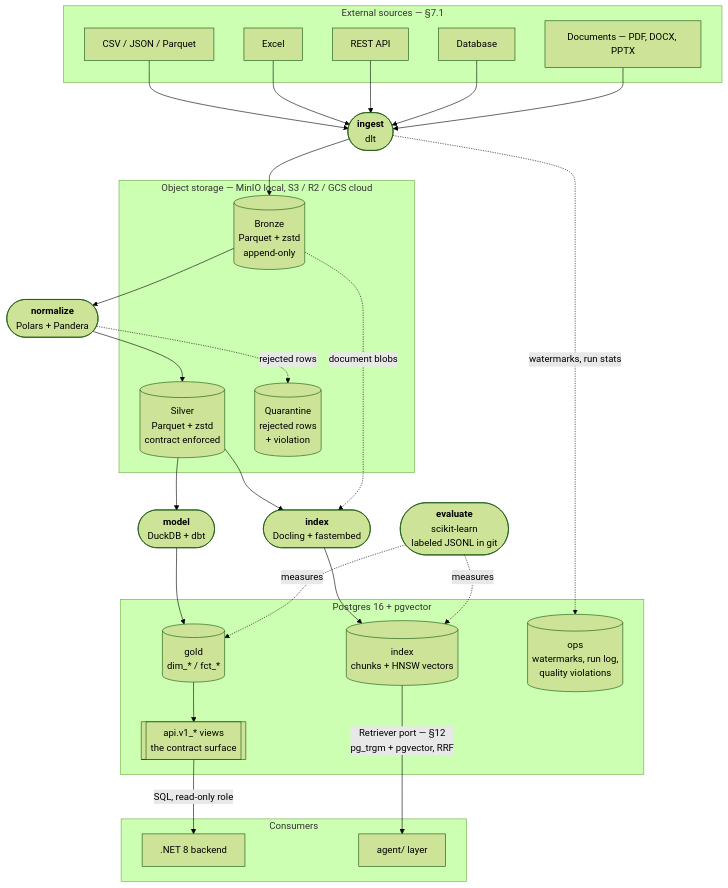
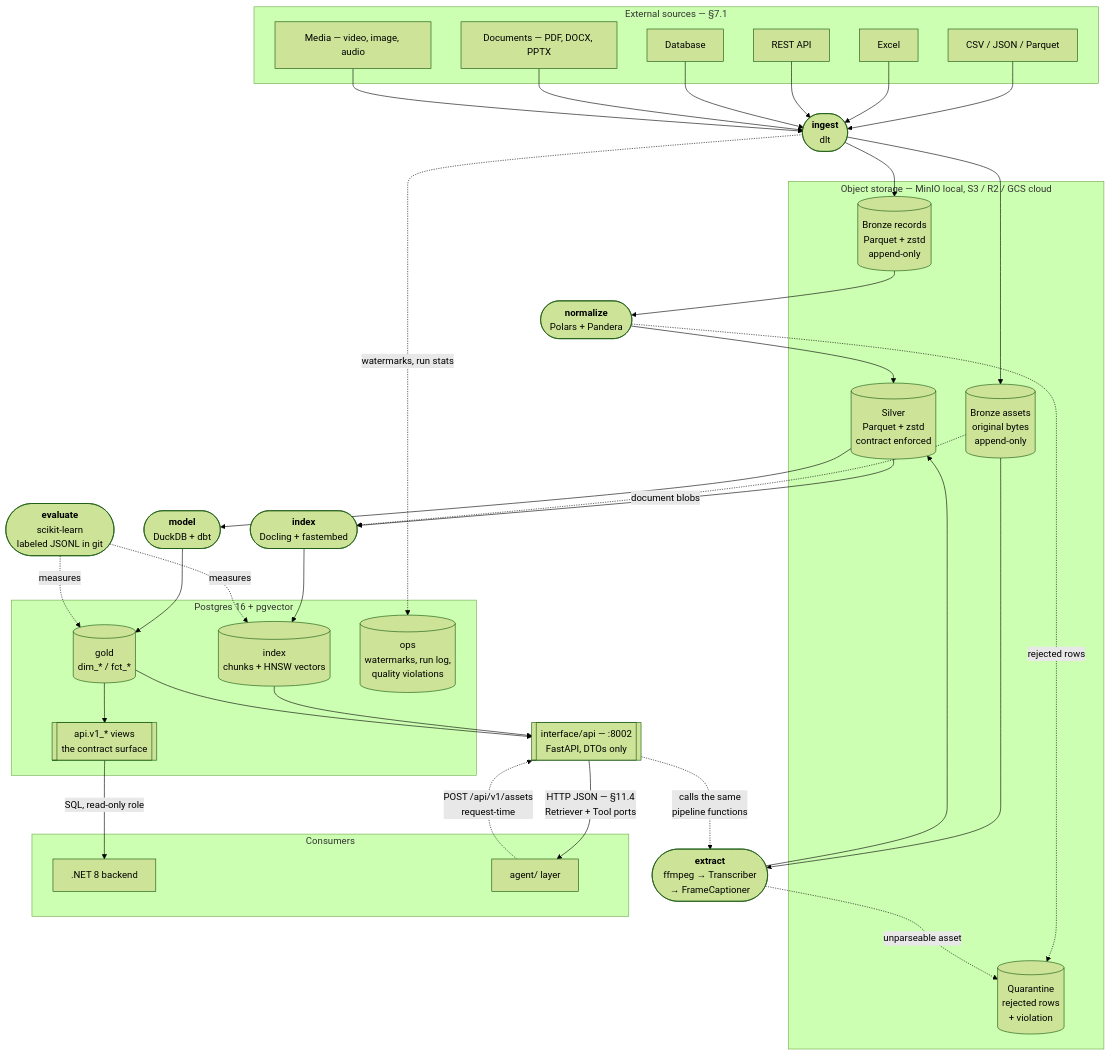
One commit to phamchivy/beyond-intelligence changed the diagram in data/data-architecture.md. Above: the diagram before and after it, drawn with Mermaid (forest theme). The commit also changed other lines of this file and 4 other files, not shown here.

````diff
--- a/data/data-architecture.md
+++ b/data/data-architecture.md
@@ -234,49 +282,61 @@
 ```mermaid
 flowchart TB
     subgraph SRC["External sources — §7.1"]
         S1["CSV / JSON / Parquet"]
         S2["Excel"]
         S3["REST API"]
         S4["Database"]
         S5["Documents — PDF, DOCX, PPTX"]
+        S6["Media — video, image, audio"]
     end
 
     ING(["<b>ingest</b><br/>dlt"])
     NORM(["<b>normalize</b><br/>Polars + Pandera"])
+    EXT(["<b>extract</b><br/>ffmpeg → Transcriber<br/>→ FrameCaptioner"])
     MOD(["<b>model</b><br/>DuckDB + dbt"])
     IXP(["<b>index</b><br/>Docling + fastembed"])
     EVAL(["<b>evaluate</b><br/>scikit-learn<br/>labeled JSONL in git"])
 
     subgraph LAKE["Object storage — MinIO local, S3 / R2 / GCS cloud"]
-        BRONZE[("Bronze<br/>Parquet + zstd<br/>append-only")]
+        BRONZE[("Bronze records<br/>Parquet + zstd<br/>append-only")]
+        BLOB[("Bronze assets<br/>original bytes<br/>append-only")]
         SILVER[("Silver<br/>Parquet + zstd<br/>contract enforced")]
         QUAR[("Quarantine<br/>rejected rows<br/>+ violation")]
     end
 
     subgraph PG["Postgres 16 + pgvector"]
         GOLD[("gold<br/>dim_* / fct_*")]
         IDX[("index<br/>chunks + HNSW vectors")]
         API[["api.v1_* views<br/>the contract surface"]]
         OPS[("ops<br/>watermarks, run log,<br/>quality violations")]
     end
 
+    DAPI[["interface/api — :8002<br/>FastAPI, DTOs only"]]
+
     subgraph CONS["Consumers"]
         NET[".NET 8 backend"]
         AGENT["agent/ layer"]
     end
 
     S1 & S2 & S3 & S4 & S5 --> ING --> BRONZE
+    S6 --> ING --> BLOB
     BRONZE --> NORM --> SILVER
+    BLOB --> EXT --> SILVER
     NORM -.->|"rejected rows"| QUAR
+    EXT -.->|"unparseable asset"| QUAR
     SILVER --> MOD --> GOLD
     SILVER --> IXP --> IDX
-    BRONZE -.->|"document blobs"| IXP
+    BLOB -.->|"document blobs"| IXP
     ING -.->|"watermarks, run stats"| OPS
 
     GOLD --> API
     API -->|"SQL, read-only role"| NET
-    IDX -->|"Retriever port — §12<br/>pg_trgm + pgvector, RRF"| AGENT
+    IDX --> DAPI
+    GOLD --> DAPI
+    DAPI -->|"HTTP JSON — §11.4<br/>Retriever + Tool ports"| AGENT
+    AGENT -.->|"POST /api/v1/assets<br/>request-time"| DAPI
+    DAPI -.->|"calls the same<br/>pipeline functions"| EXT
 
     EVAL -.->|"measures"| IDX
     EVAL -.->|"measures"| GOLD
 ```
````
